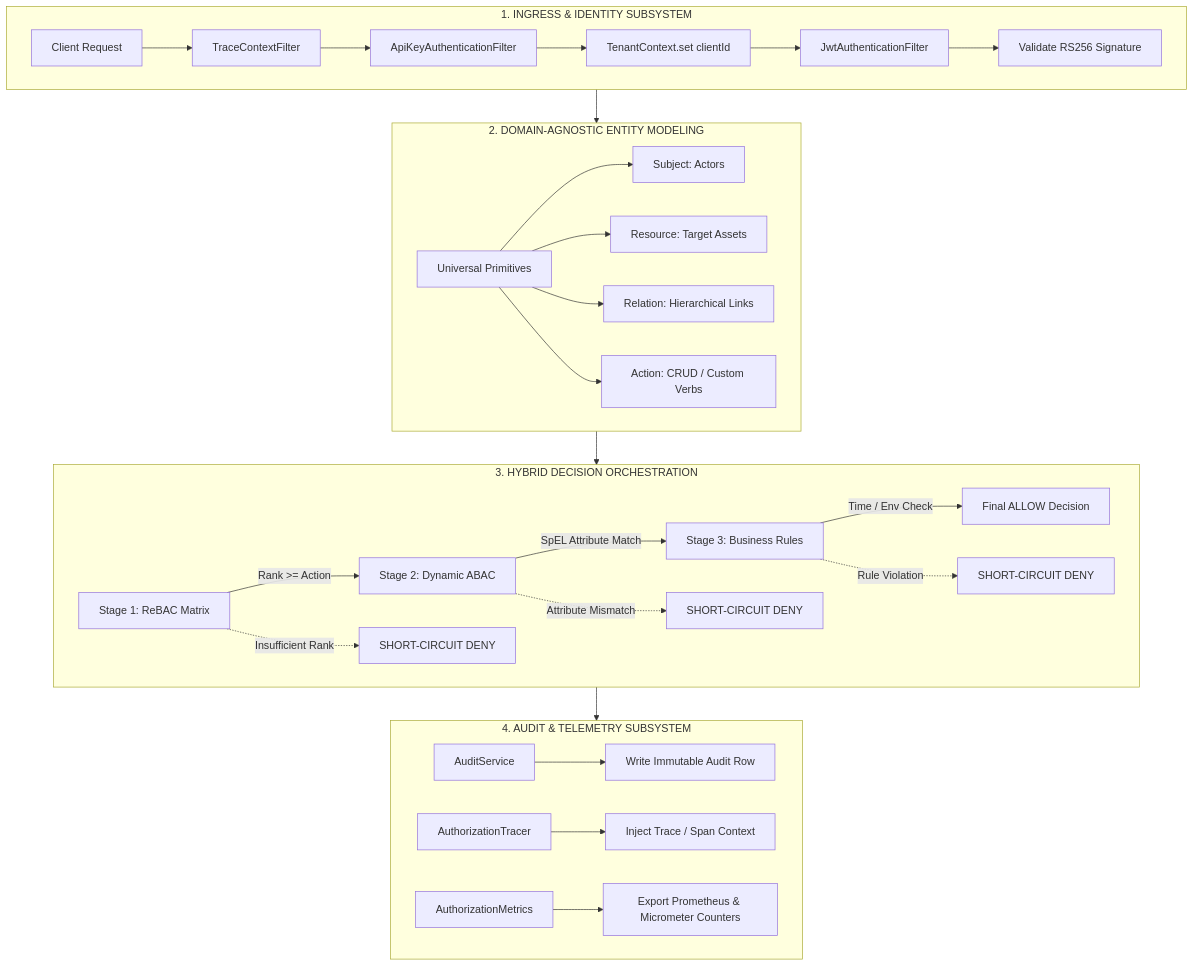
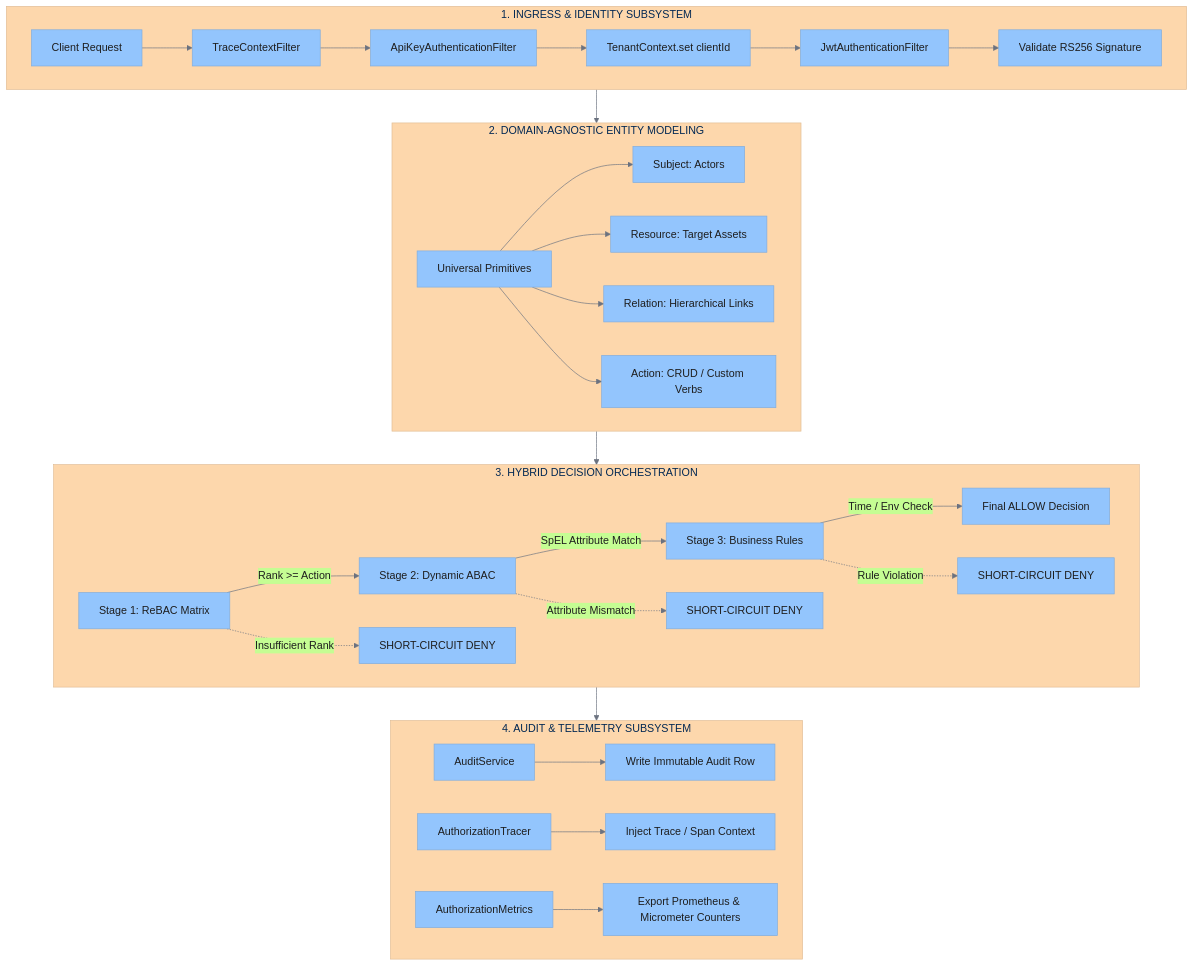
Before and after one commit to PerHac13/permissio: the second of 4 diagrams in docs/HLD_DESIGN.md, drawn with Mermaid. The commit also changed other lines of this file and 4 other files, not shown here.

Commit message:
fix(security): resolve RSA key decoding formats and enhance diagram contrast

````diff
--- a/docs/HLD_DESIGN.md
+++ b/docs/HLD_DESIGN.md
@@ -86,37 +87,38 @@
 ```mermaid
+%%{init: {'theme': 'base', 'themeVariables': {'primaryColor': '#93c5fd', 'primaryTextColor': '#1e1e1e', 'lineColor': '#6b7280', 'textColor': '#1e1e1e'}}}%%
 graph TD
     subgraph S1["1. INGRESS & IDENTITY SUBSYSTEM"]
         A1[Client Request] --> A2[TraceContextFilter]
         A2 --> A3[ApiKeyAuthenticationFilter]
         A3 --> A4[TenantContext.set clientId]
         A4 --> A5[JwtAuthenticationFilter]
         A5 --> A6[Validate RS256 Signature]
     end
 
     subgraph S2["2. DOMAIN-AGNOSTIC ENTITY MODELING"]
         B1[Universal Primitives]
         B1 --> B2[Subject: Actors]
         B1 --> B3[Resource: Target Assets]
         B1 --> B4[Relation: Hierarchical Links]
         B1 --> B5[Action: CRUD / Custom Verbs]
     end
 
     subgraph S3["3. HYBRID DECISION ORCHESTRATION"]
         C1[Stage 1: ReBAC Matrix] -->|Rank >= Action| C2[Stage 2: Dynamic ABAC]
         C2 -->|SpEL Attribute Match| C3[Stage 3: Business Rules]
         C3 -->|Time / Env Check| C4[Final ALLOW Decision]
         C1 -.->|Insufficient Rank| CD1[SHORT-CIRCUIT DENY]
         C2 -.->|Attribute Mismatch| CD2[SHORT-CIRCUIT DENY]
         C3 -.->|Rule Violation| CD3[SHORT-CIRCUIT DENY]
     end
 
     subgraph S4["4. AUDIT & TELEMETRY SUBSYSTEM"]
         D1[AuditService] --> D2[Write Immutable Audit Row]
         D3[AuthorizationTracer] --> D4[Inject Trace / Span Context]
         D5[AuthorizationMetrics] --> D6[Export Prometheus & Micrometer Counters]
     end
 
     S1 --> S2
     S2 --> S3
     S3 --> S4
 ```
````
